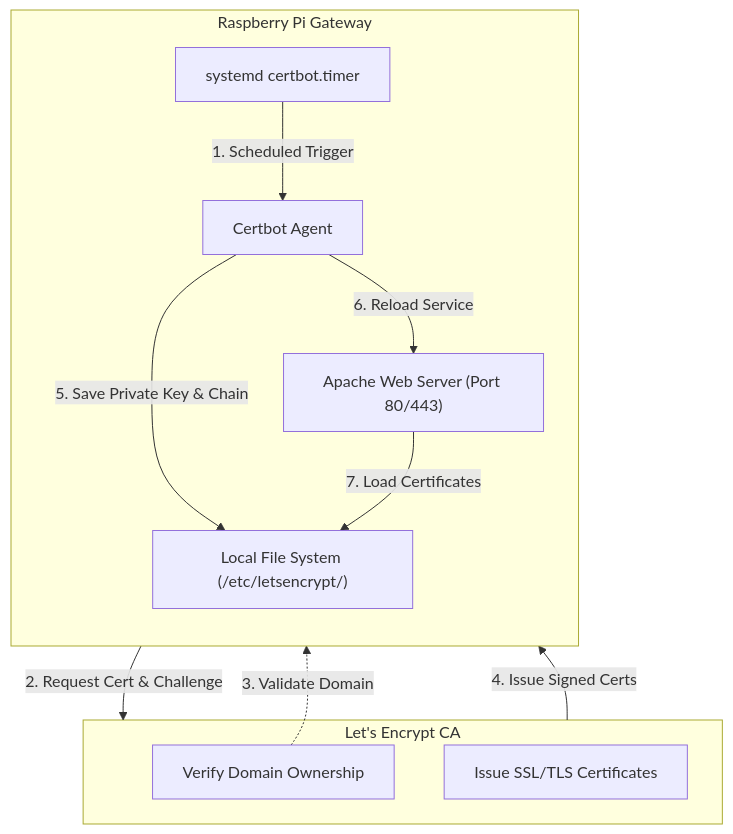
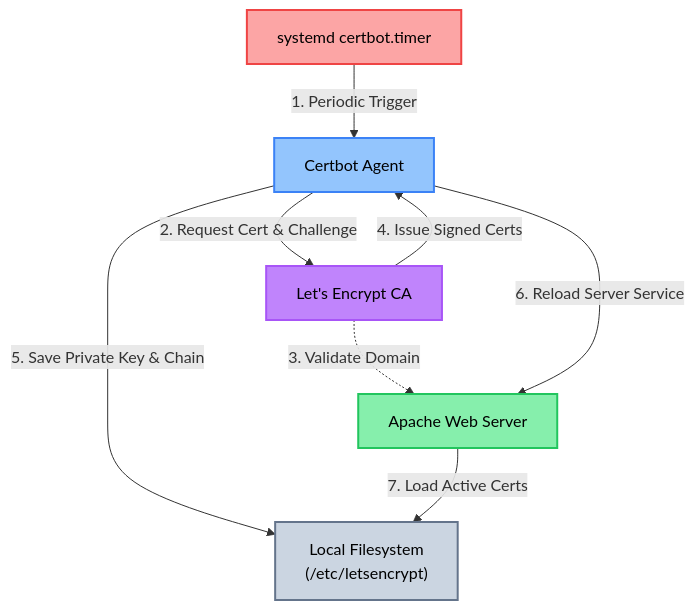
One commit to muku3011/website changed the second of 3 diagrams in README.md. Above: the diagram before and after it, drawn with Mermaid.

Commit message:
docs: improve Certbot diagram readability with a linear layout and high-contrast color scheme

````diff
--- a/README.md
+++ b/README.md
@@ -39,30 +39,22 @@
 ```mermaid
 flowchart TD
-    subgraph LE ["Let's Encrypt CA"]
-        Challenge["Verify Domain Ownership"]
-        Issue["Issue SSL/TLS Certificates"]
-    end
+    Timer["systemd certbot.timer"]
+    Certbot["Certbot Agent"]
+    LE["Let's Encrypt CA"]
+    FS["Local Filesystem\n(/etc/letsencrypt)"]
+    Apache["Apache Web Server"]
 
-    subgraph RPi ["Raspberry Pi Gateway"]
-        direction TB
-        CertbotClient["Certbot Agent"]
-        Apache["Apache Web Server (Port 80/443)"]
-        FS["Local File System (/etc/letsencrypt/)"]
-        Timer["systemd certbot.timer"]
-    end
+    Timer -->|1. Periodic Trigger| Certbot
+    Certbot -->|2. Request Cert & Challenge| LE
+    LE -.->|3. Validate Domain| Apache
+    LE -->|4. Issue Signed Certs| Certbot
+    Certbot -->|5. Save Private Key & Chain| FS
+    Certbot -->|6. Reload Server Service| Apache
+    Apache -->|7. Load Active Certs| FS
 
-    %% Initialization/Renewal Trigger
-    Timer -->|1. Scheduled Trigger| CertbotClient
-    
-    %% Challenge & Verification
-    CertbotClient -->|2. Request Cert & Challenge| LE
-    Challenge -.->|3. Validate Domain| Apache
-    
-    %% Issuance & Storage
-    LE -->|4. Issue Signed Certs| CertbotClient
-    CertbotClient -->|5. Save Private Key & Chain| FS
-    
-    %% Apache Reload
-    CertbotClient -->|6. Reload Service| Apache
-    Apache -->|7. Load Certificates| FS
+    style Timer fill:#fca5a5,stroke:#ef4444,stroke-width:2px,color:#000
+    style Certbot fill:#93c5fd,stroke:#3b82f6,stroke-width:2px,color:#000
+    style LE fill:#c084fc,stroke:#a855f7,stroke-width:2px,color:#000
+    style FS fill:#cbd5e1,stroke:#64748b,stroke-width:2px,color:#000
+    style Apache fill:#86efac,stroke:#22c55e,stroke-width:2px,color:#000
 ```
````
